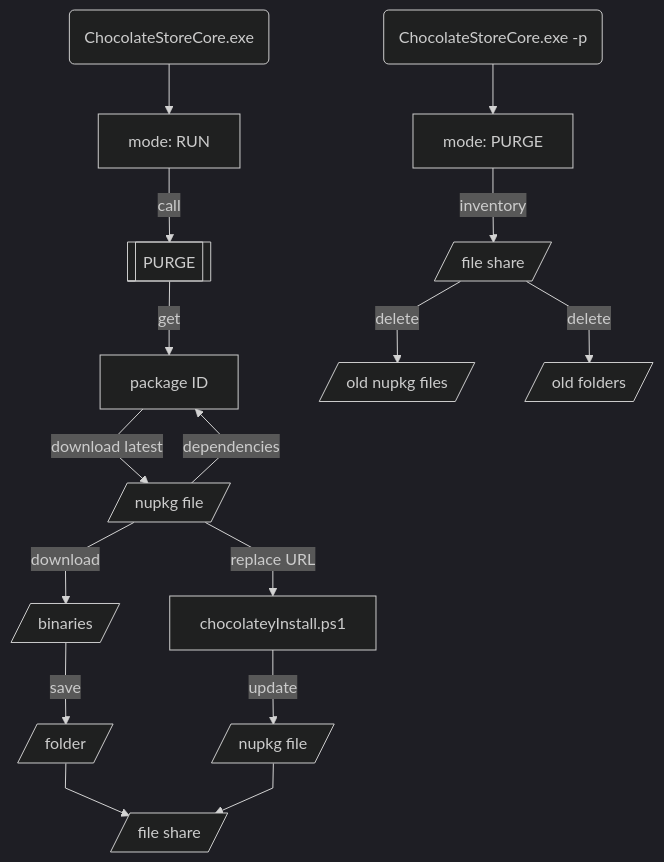
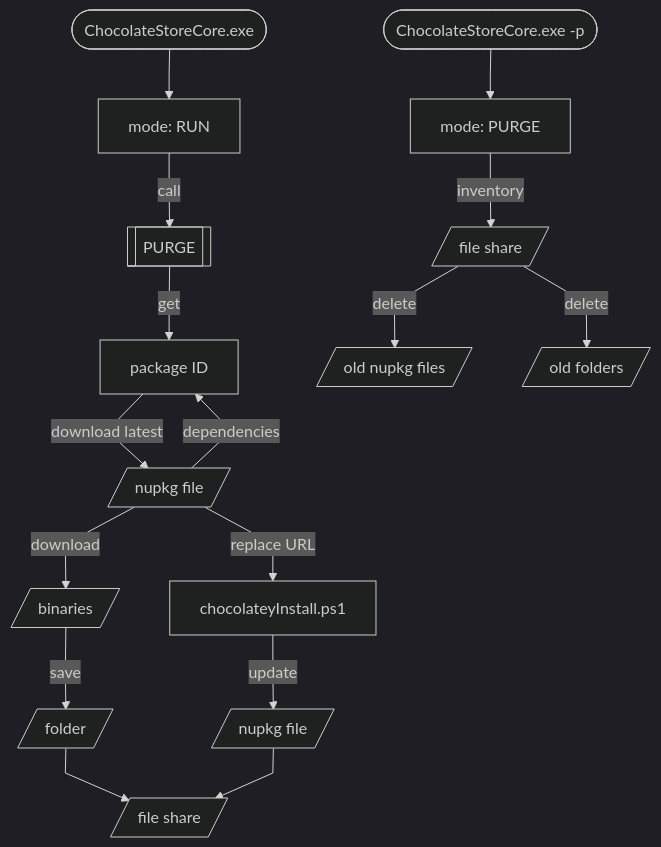
The first of 2 diagrams in README.md (robertZaufall/ChocolateStoreCore), drawn with Mermaid before and after one commit.

````diff
--- a/README.md
+++ b/README.md
@@ -14,28 +14,28 @@
 ```mermaid
 %%{
   init: {
     "theme": "dark",
     "fontFamily": "Trebuchet MS, Verdana, Arial, Sans-Serif",
     "flowchart": {
       "htmlLabels": true,
       "curve": "linear"
     }
   }
 }%%
 flowchart TD
-    A(ChocolateStoreCore.exe) --> A1[mode: RUN]
+    A([ChocolateStoreCore.exe]) --> A1[mode: RUN]
     A1 --call--> A2[[PURGE]]
     A2 --get--> B[package ID]
     B --download latest--> C[/nupkg file/]
     C --dependencies--> B
     C --download--> D[/binaries/]
     C --replace URL--> E[chocolateyInstall.ps1]
     D --save--> F[/folder/]
     E --update--> G[/nupkg file/]
     F --> G2[/file share/]
     G --> G2[/file share/]
-    AX(ChocolateStoreCore.exe -p) --> H[mode: PURGE]
+    AX([ChocolateStoreCore.exe -p]) --> H[mode: PURGE]
     H --inventory--> I[/file share/]
     I --delete--> J[/old nupkg files/]
     I --delete--> K[/old folders/] 
 ```  
````
